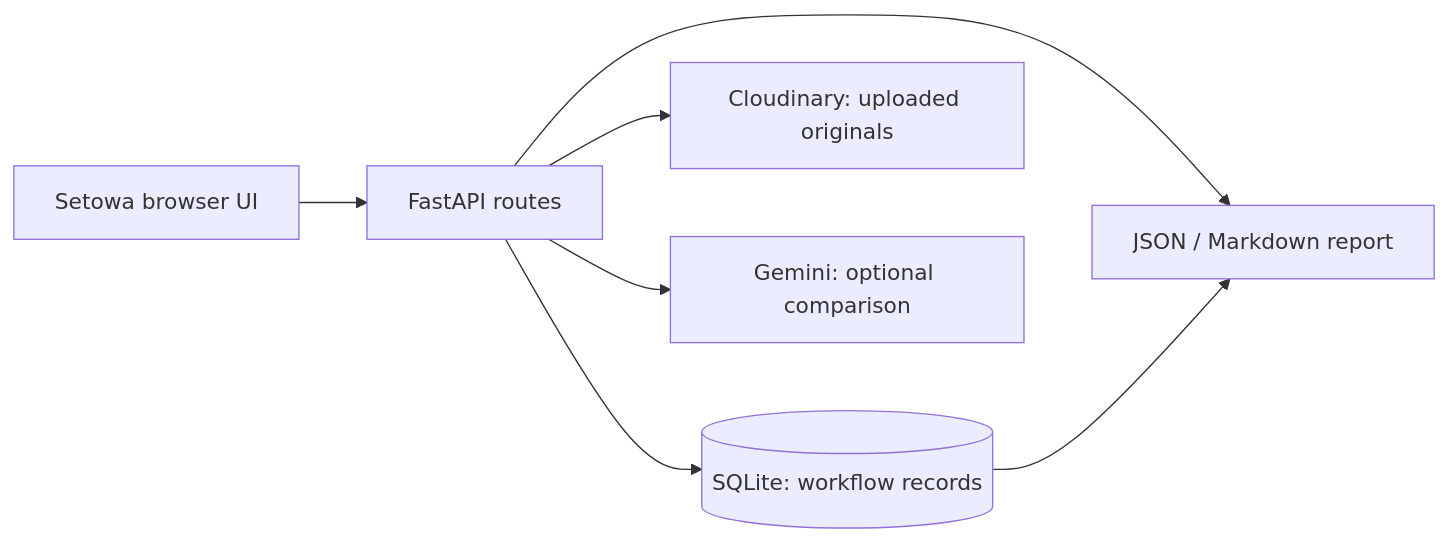
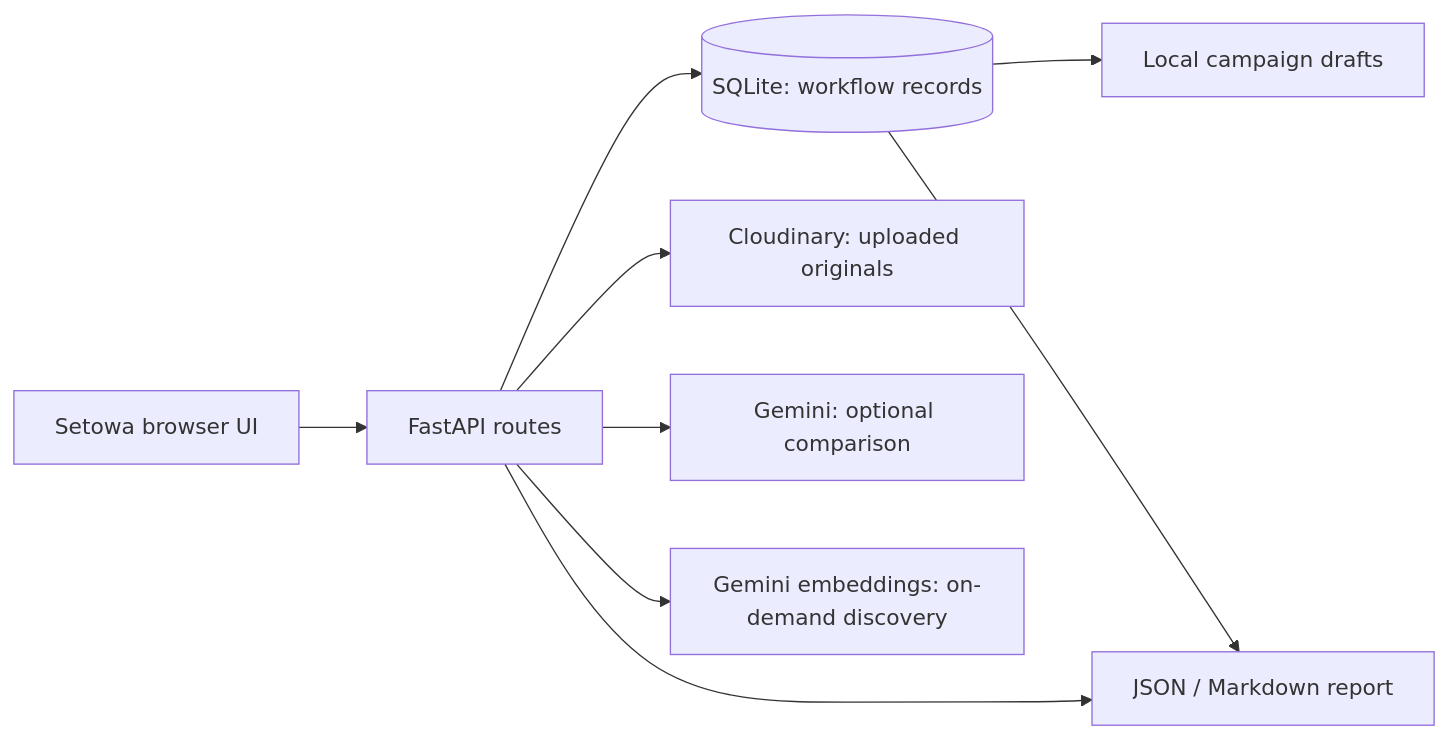
Before and after one commit to Aryanxp1/Satowa: the diagram in ARCHITECTURE.md, drawn with Mermaid. The commit also changed other lines of this file and 12 other files, not shown here.

Commit message:
feat: add local semantic discovery and grounded campaign drafts

````diff
--- a/ARCHITECTURE.md
+++ b/ARCHITECTURE.md
@@ -5,9 +5,11 @@
 ```mermaid
 flowchart LR
   Browser[Setowa browser UI] --> API[FastAPI routes]
   API --> DB[(SQLite: workflow records)]
   API --> Cloudinary[Cloudinary: uploaded originals]
   API --> Gemini[Gemini: optional comparison]
+  API --> Embed[Gemini embeddings: on-demand discovery]
+  DB --> Campaign[Local campaign drafts]
   API --> Report[JSON / Markdown report]
   DB --> Report
 ```
````
